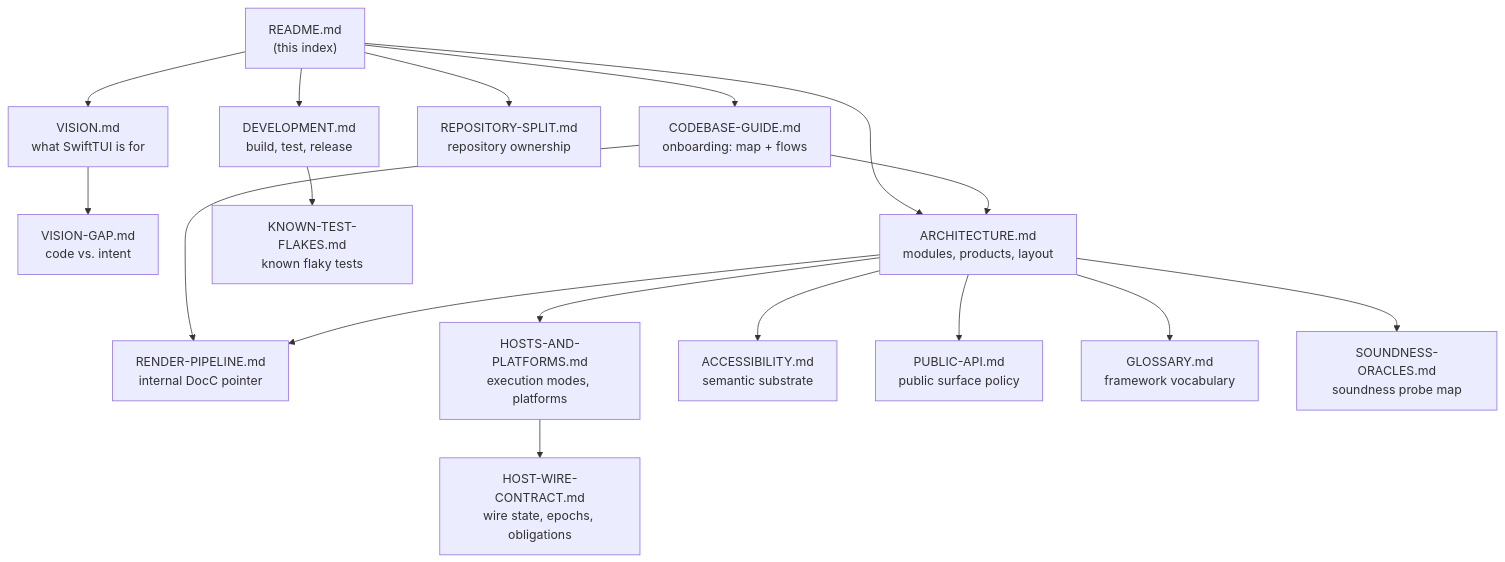
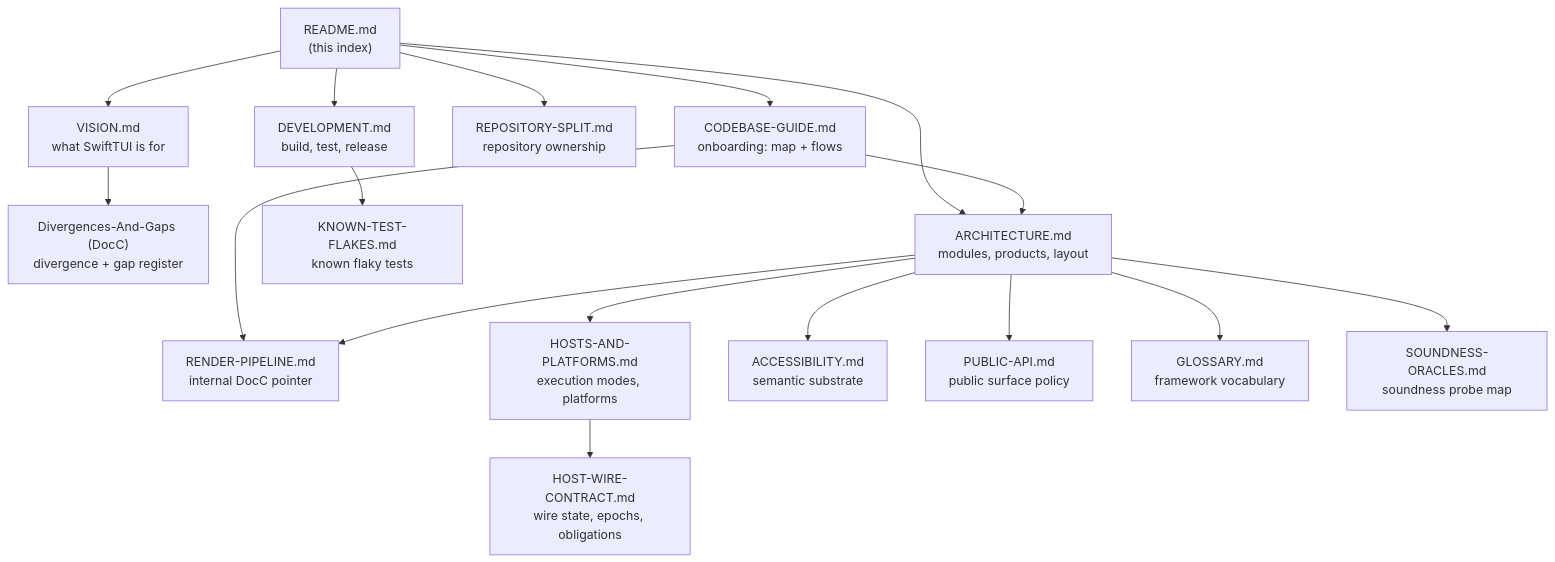
One commit to SwiftTUI/swift-tui changed the diagram in docs/README.md. Above: the diagram before and after it, drawn with Mermaid. The commit also changed other lines of this file and 10 other files, not shown here.

First line of the commit message:
docs: merge the SwiftUI divergence register and VISION-GAP into one DocC register

````diff
--- a/docs/README.md
+++ b/docs/README.md
@@ -14,35 +14,35 @@
 ```mermaid
 flowchart TD
     README["README.md<br/>(this index)"]
     GUIDE["CODEBASE-GUIDE.md<br/>onboarding: map + flows"]
     VISION["VISION.md<br/>what SwiftTUI is for"]
-    GAP["VISION-GAP.md<br/>code vs. intent"]
+    GAP["Divergences-And-Gaps (DocC)<br/>divergence + gap register"]
     ARCH["ARCHITECTURE.md<br/>modules, products, layout"]
     SPLIT["REPOSITORY-SPLIT.md<br/>repository ownership"]
     PIPE["RENDER-PIPELINE.md<br/>internal DocC pointer"]
     HOSTS["HOSTS-AND-PLATFORMS.md<br/>execution modes, platforms"]
     WIRE["HOST-WIRE-CONTRACT.md<br/>wire state, epochs, obligations"]
     A11Y["ACCESSIBILITY.md<br/>semantic substrate"]
     API["PUBLIC-API.md<br/>public surface policy"]
     GLOSS["GLOSSARY.md<br/>framework vocabulary"]
     ORACLES["SOUNDNESS-ORACLES.md<br/>soundness probe map"]
     DEV["DEVELOPMENT.md<br/>build, test, release"]
     FLAKES["KNOWN-TEST-FLAKES.md<br/>known flaky tests"]
 
     README --> GUIDE
     README --> VISION
     README --> ARCH
     GUIDE --> ARCH
     GUIDE --> PIPE
     README --> SPLIT
     README --> DEV
     VISION --> GAP
     ARCH --> PIPE
     ARCH --> HOSTS
     HOSTS --> WIRE
     ARCH --> A11Y
     ARCH --> API
     ARCH --> GLOSS
     ARCH --> ORACLES
     DEV --> FLAKES
 ```
````
